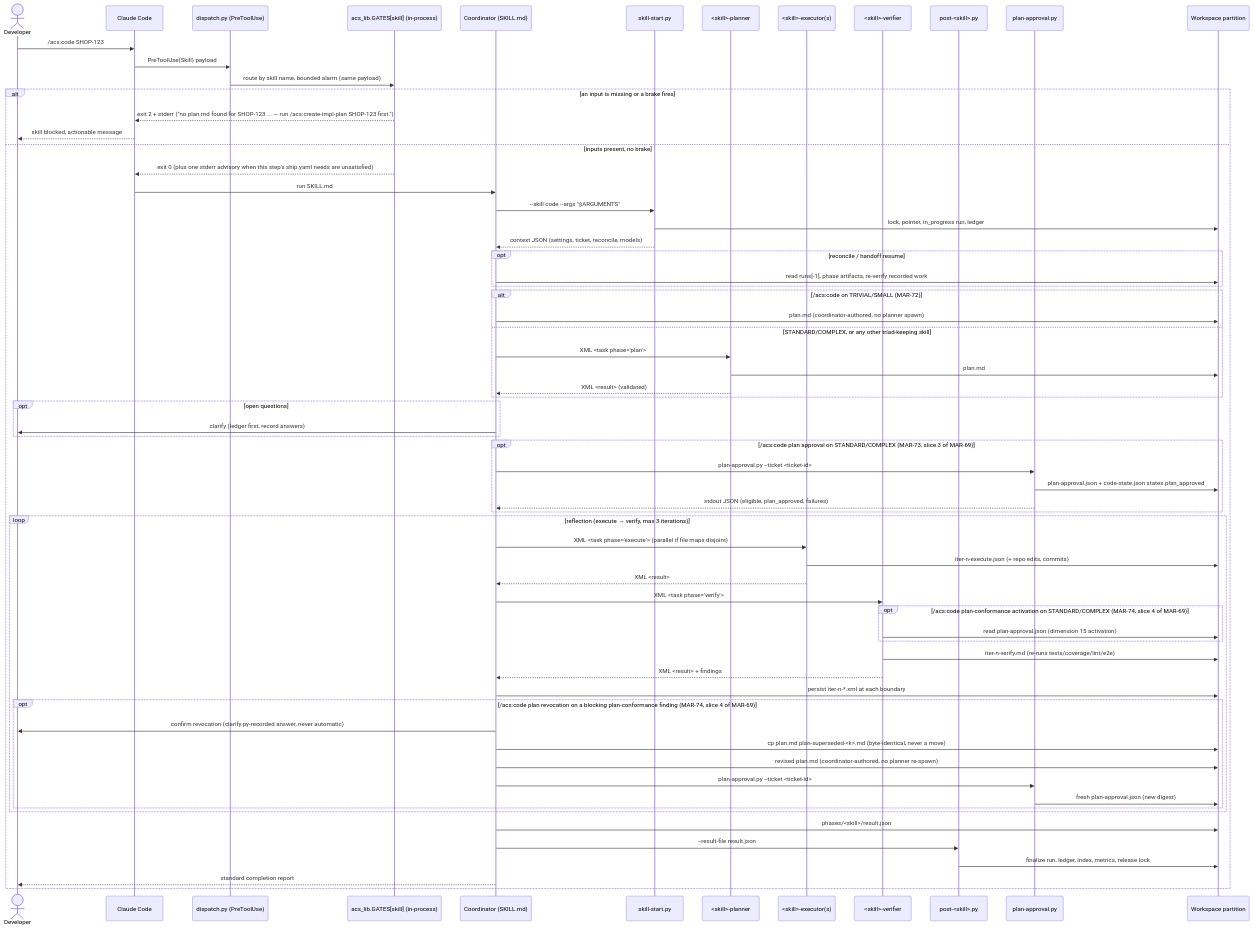
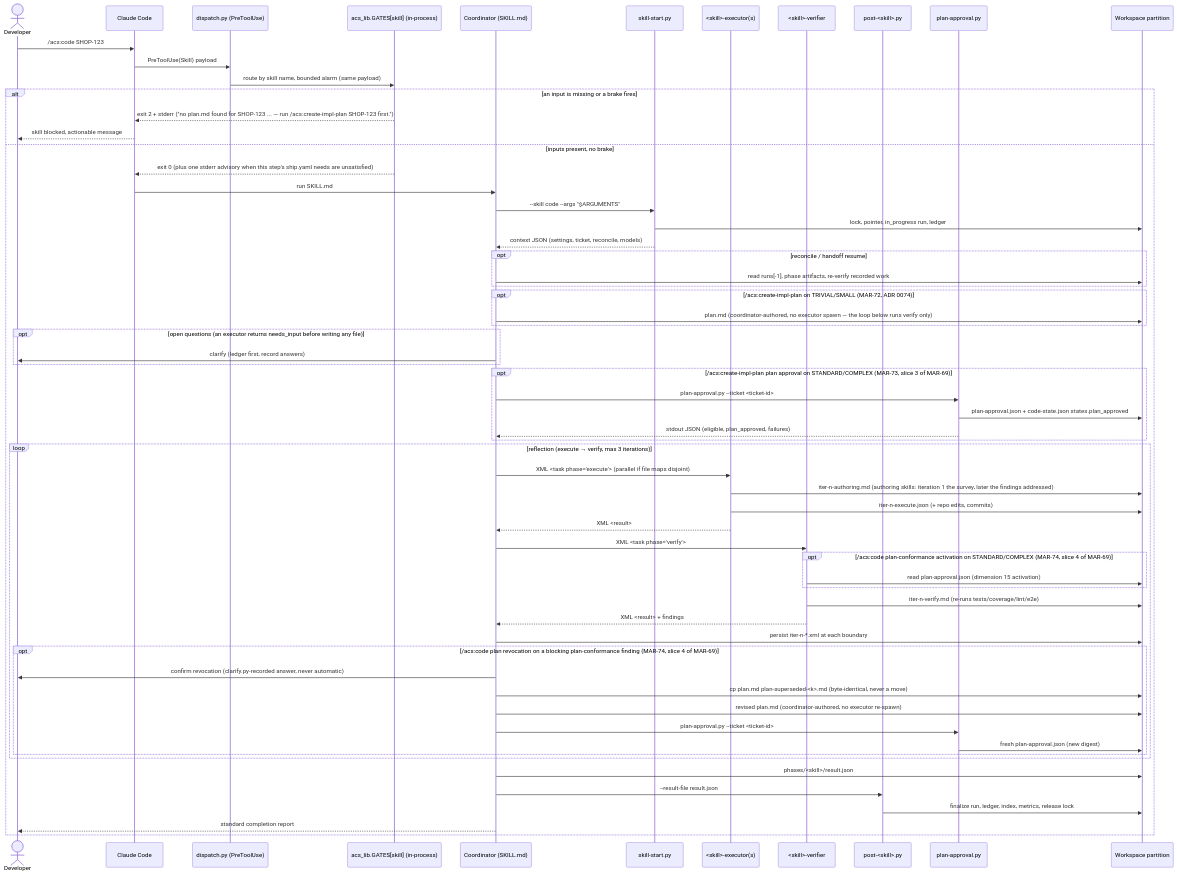
Before and after one commit to globalmindsolution/gms-marketplace: the diagram in docs/architecture/lld/flows/hook-gated-skill-run.md, drawn with Mermaid. The commit also changed other lines of this file and 628 other files, not shown here.

````diff
--- a/docs/architecture/lld/flows/hook-gated-skill-run.md
+++ b/docs/architecture/lld/flows/hook-gated-skill-run.md
@@ -56,70 +56,66 @@
 ```mermaid
 sequenceDiagram
     actor Dev as Developer
     participant CC as Claude Code
     participant D as dispatch.py (PreToolUse)
     participant PRE as acs_lib.GATES[skill] (in-process)
     participant CO as Coordinator (SKILL.md)
     participant SS as skill-start.py
-    participant PL as <skill>-planner
     participant EX as <skill>-executor(s)
     participant VF as <skill>-verifier
     participant POST as post-<skill>.py
     participant PA as plan-approval.py
     participant WS as Workspace partition
 
     Dev->>CC: /acs:code SHOP-123
     CC->>D: PreToolUse(Skill) payload
     D->>PRE: route by skill name, bounded alarm (same payload)
     alt an input is missing or a brake fires
         PRE-->>CC: exit 2 + stderr ("no plan.md found for SHOP-123 ... — run /acs:create-impl-plan SHOP-123 first.")
         CC-->>Dev: skill blocked, actionable message
     else inputs present, no brake
         PRE-->>CC: exit 0 (plus one stderr advisory when this step's ship.yaml needs are unsatisfied)
         CC->>CO: run SKILL.md
         CO->>SS: --skill code --args "$ARGUMENTS"
         SS->>WS: lock, pointer, in_progress run, ledger
         SS-->>CO: context JSON (settings, ticket, reconcile, models)
         opt reconcile / handoff resume
             CO->>WS: read runs[-1], phase artifacts, re-verify recorded work
         end
-        alt /acs:code on TRIVIAL/SMALL (MAR-72)
-            CO->>WS: plan.md (coordinator-authored, no planner spawn)
-        else STANDARD/COMPLEX, or any other triad-keeping skill
-            CO->>PL: XML <task phase="plan">
-            PL->>WS: plan.md
-            PL-->>CO: XML <result> (validated)
+        opt /acs:create-impl-plan on TRIVIAL/SMALL (MAR-72, ADR 0074)
+            CO->>WS: plan.md (coordinator-authored, no executor spawn — the loop below runs verify only)
         end
-        opt open questions
+        opt open questions (an executor returns needs_input before writing any file)
             CO->>Dev: clarify (ledger first, record answers)
         end
-        opt /acs:code plan approval on STANDARD/COMPLEX (MAR-73, slice 3 of MAR-69)
+        opt /acs:create-impl-plan plan approval on STANDARD/COMPLEX (MAR-73, slice 3 of MAR-69)
             CO->>PA: plan-approval.py --ticket <ticket-id>
             PA->>WS: plan-approval.json + code-state.json states.plan_approved
             PA-->>CO: stdout JSON (eligible, plan_approved, failures)
         end
         loop reflection (execute → verify, max 3 iterations)
             CO->>EX: XML <task phase="execute"> (parallel if file maps disjoint)
+            EX->>WS: iter-n-authoring.md (authoring skills: iteration 1 the survey, later the findings addressed)
             EX->>WS: iter-n-execute.json (+ repo edits, commits)
             EX-->>CO: XML <result>
             CO->>VF: XML <task phase="verify">
             opt /acs:code plan-conformance activation on STANDARD/COMPLEX (MAR-74, slice 4 of MAR-69)
                 VF->>WS: read plan-approval.json (dimension 15 activation)
             end
             VF->>WS: iter-n-verify.md (re-runs tests/coverage/lint/e2e)
             VF-->>CO: XML <result> + findings
             CO->>WS: persist iter-n-*.xml at each boundary
             opt /acs:code plan revocation on a blocking plan-conformance finding (MAR-74, slice 4 of MAR-69)
                 CO->>Dev: confirm revocation (clarify.py-recorded answer, never automatic)
                 CO->>WS: cp plan.md plan-superseded-<k>.md (byte-identical, never a move)
-                CO->>WS: revised plan.md (coordinator-authored, no planner re-spawn)
+                CO->>WS: revised plan.md (coordinator-authored, no executor re-spawn)
                 CO->>PA: plan-approval.py --ticket <ticket-id>
                 PA->>WS: fresh plan-approval.json (new digest)
             end
         end
         CO->>WS: phases/<skill>/result.json
         CO->>POST: --result-file result.json
         POST->>WS: finalize run, ledger, index, metrics, release lock
         CO-->>Dev: standard completion report
     end
 ```
````
